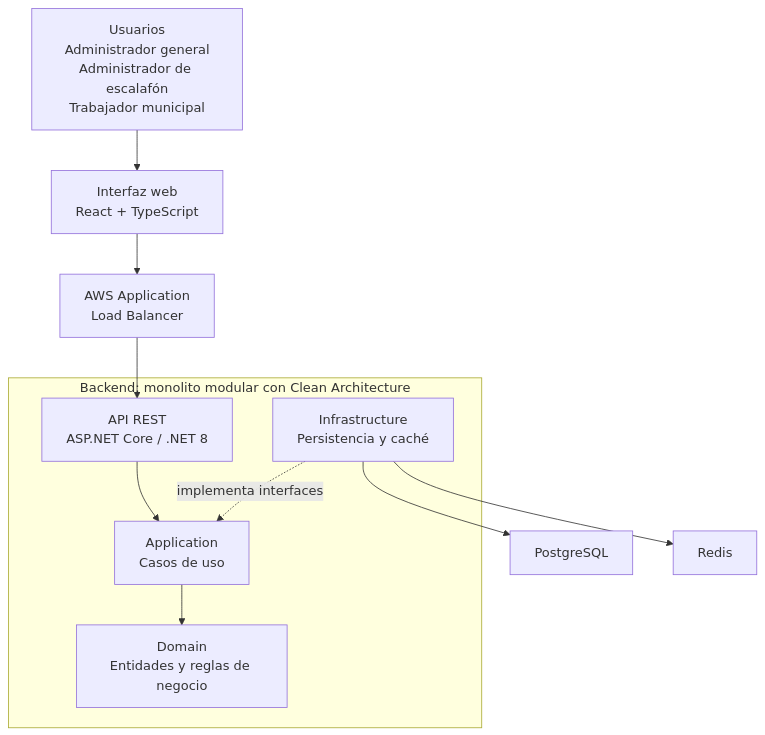
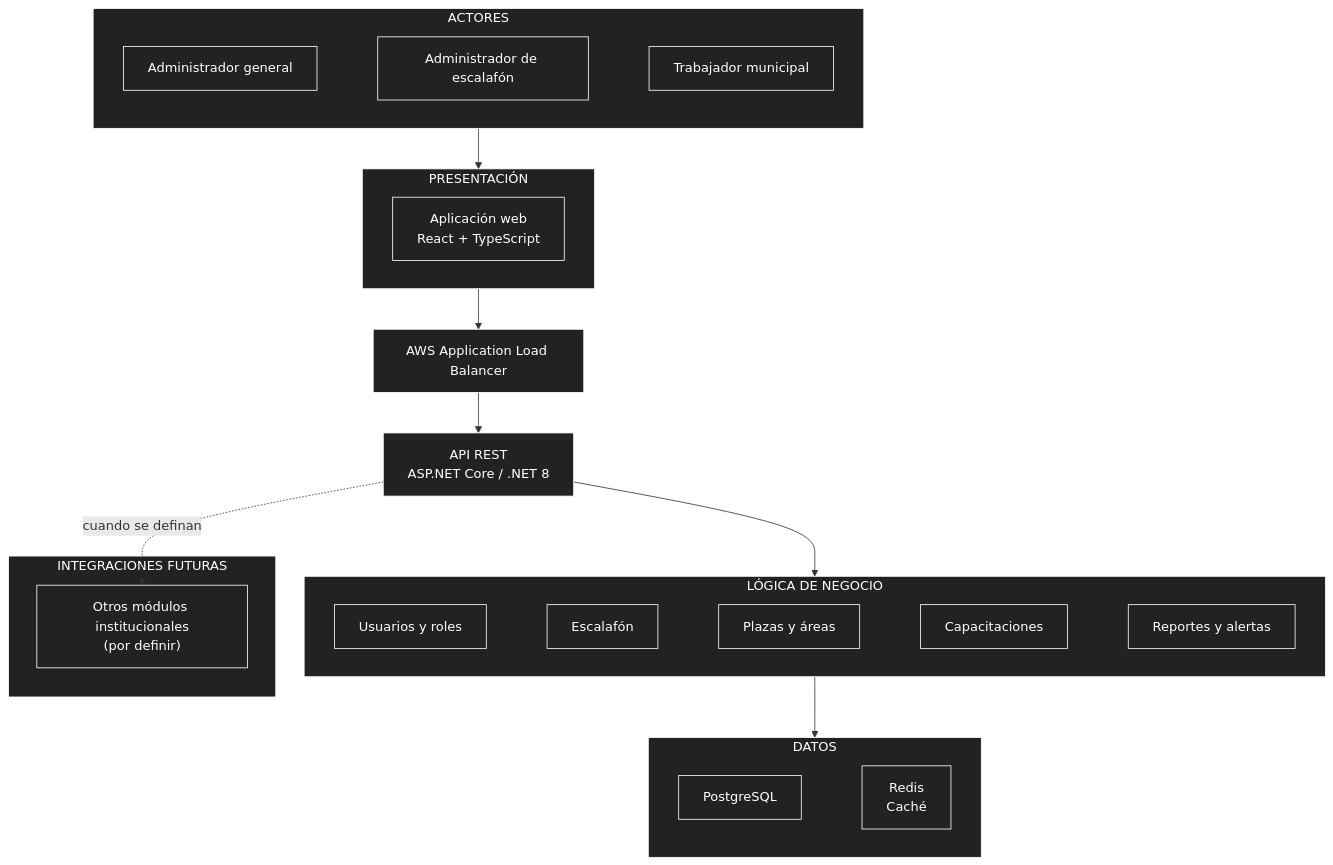
Before and after one commit to jeanbautista27-tech/Escalafon-Municipal-Jenner: the diagram in arquitectura/arquitectura-inicial.md, drawn with Mermaid. The commit also changed other lines of this file, not shown here.

Commit message:
docs: agrego la arquitectura inicial del sistema

````diff
--- a/arquitectura/arquitectura-inicial.md
+++ b/arquitectura/arquitectura-inicial.md
@@ -19,25 +5,43 @@
 ```mermaid
-flowchart TB
-    USERS["Usuarios<br/>Administrador general<br/>Administrador de escalafón<br/>Trabajador municipal"]
-    WEB["Interfaz web<br/>React + TypeScript"]
-    ALB["AWS Application<br/>Load Balancer"]
+flowchart TD
+    subgraph ACT["ACTORES"]
+        direction LR
+        AG["Administrador general"] ~~~ AE["Administrador de escalafón"] ~~~ TR["Trabajador municipal"]
+    end
+
+    subgraph PRES["PRESENTACIÓN"]
+        WEB["Aplicación web<br/>React + TypeScript"]
+    end
+
+    LB["AWS Application Load Balancer"]
     API["API REST<br/>ASP.NET Core / .NET 8"]
 
-    subgraph BACKEND["Backend: monolito modular con Clean Architecture"]
-        APP["Application<br/>Casos de uso"]
-        DOMAIN["Domain<br/>Entidades y reglas de negocio"]
-        INFRA["Infrastructure<br/>Persistencia y caché"]
-        API --> APP
-        APP --> DOMAIN
-        INFRA -. "implementa interfaces" .-> APP
+    subgraph NEG["LÓGICA DE NEGOCIO"]
+        direction LR
+        US["Usuarios y roles"] ~~~ ESC["Escalafón"] ~~~ PLA["Plazas y áreas"] ~~~ CAP["Capacitaciones"] ~~~ REP["Reportes y alertas"]
     end
 
-    PG["PostgreSQL"]
-    REDIS["Redis"]
+    subgraph DAT["DATOS"]
+        direction LR
+        PG["PostgreSQL"] ~~~ RED["Redis<br/>Caché"]
+    end
 
-    USERS --> WEB
-    WEB --> ALB
-    ALB --> API
-    INFRA --> PG
-    INFRA --> REDIS
+    subgraph EXT["INTEGRACIONES FUTURAS"]
+        OTROS["Otros módulos institucionales<br/>(por definir)"]
+    end
+
+    ACT --> PRES
+    PRES --> LB
+    LB --> API
+    API --> NEG
+    NEG --> DAT
+    API -. "cuando se definan" .-> OTROS
+
+    classDef dark fill:#222,stroke:#fff,color:#fff
+    class AG,AE,TR,WEB,LB,API,US,ESC,PLA,CAP,REP,PG,RED,OTROS dark
+    style ACT fill:#222,stroke:#fff,color:#fff
+    style PRES fill:#222,stroke:#fff,color:#fff
+    style NEG fill:#222,stroke:#fff,color:#fff
+    style DAT fill:#222,stroke:#fff,color:#fff
+    style EXT fill:#222,stroke:#fff,color:#fff
 ```
````
